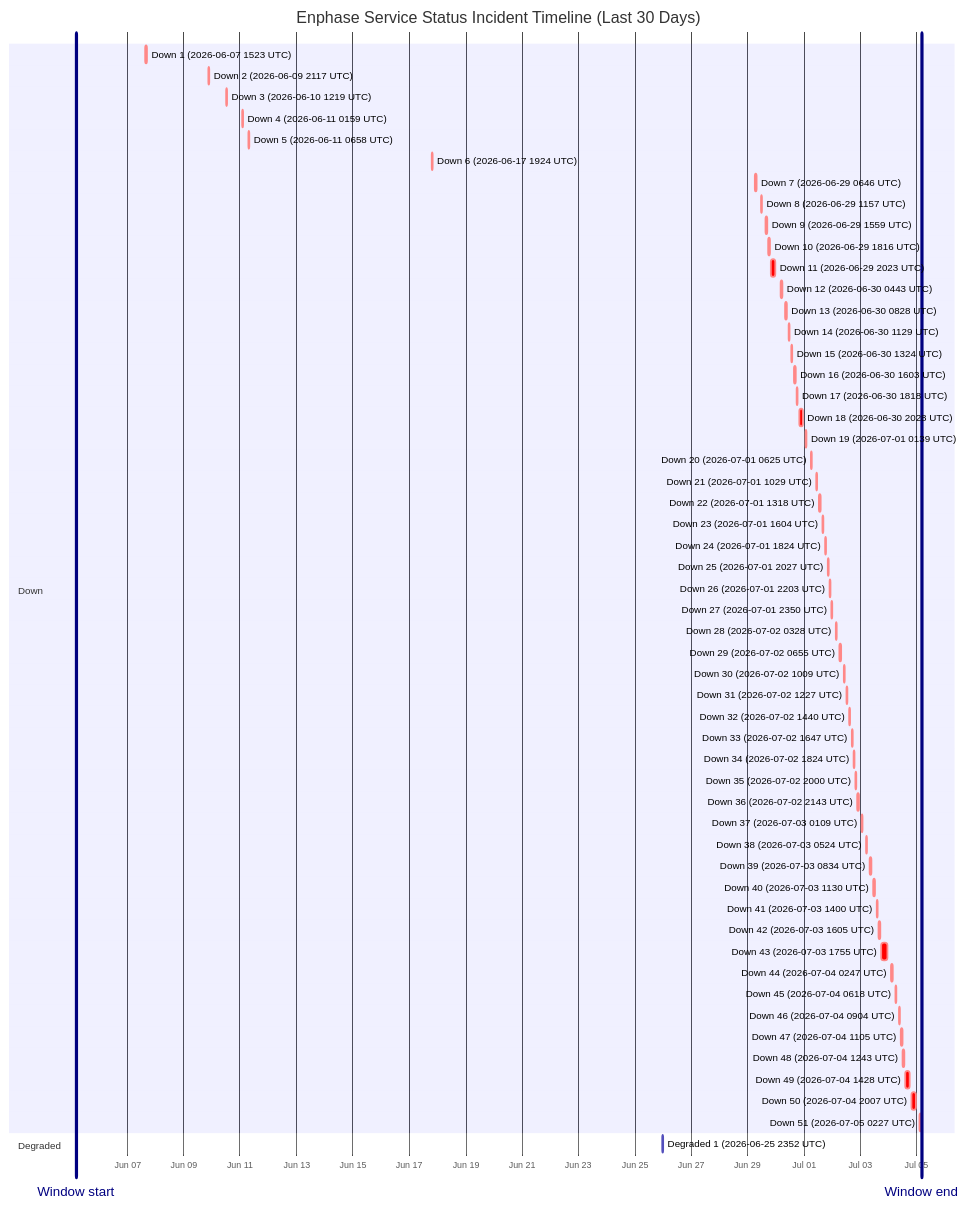
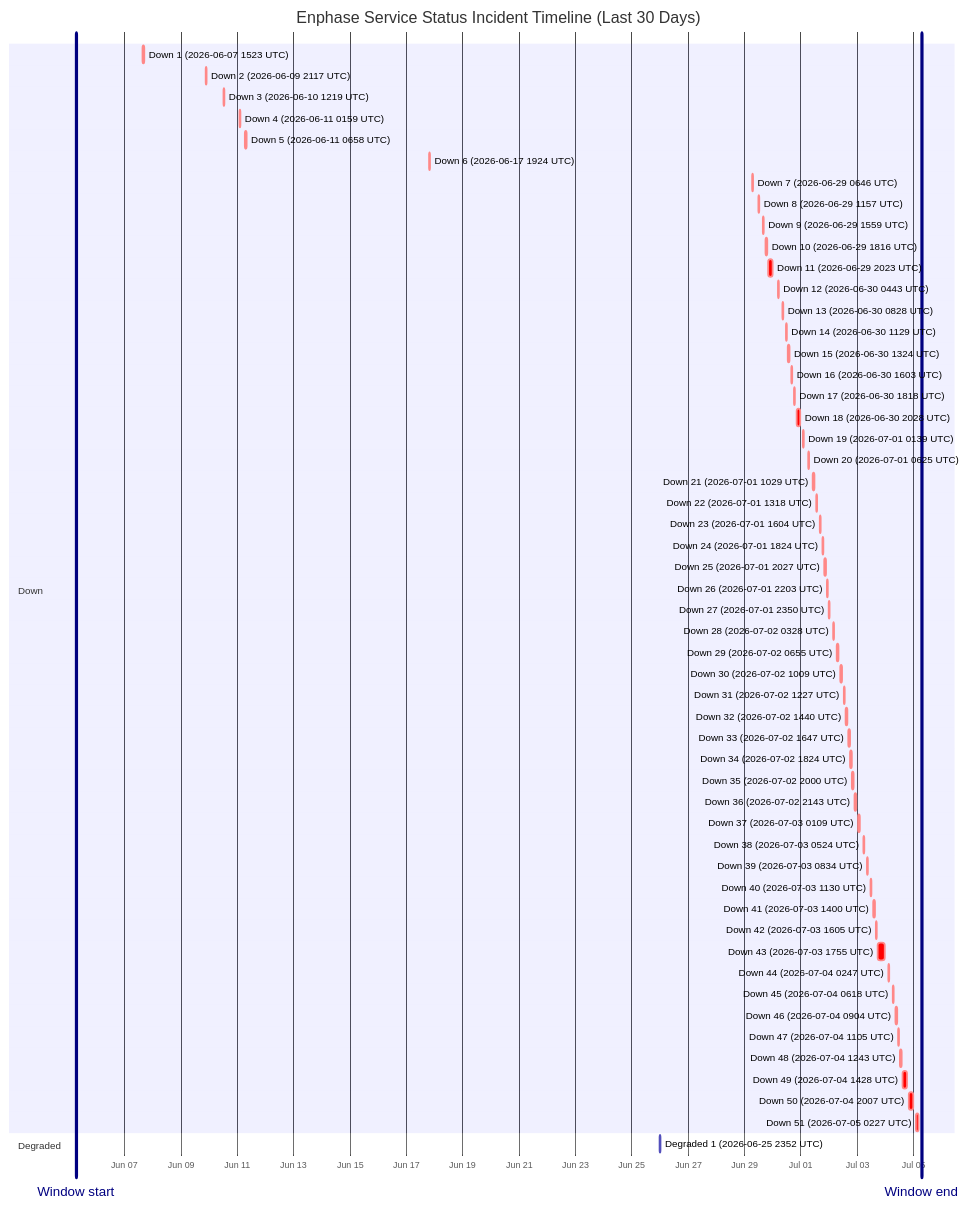
One commit to barneyonline/ha-enphase-energy changed the diagram in wiki/Service-Status-History.md. Above: the diagram before and after it, drawn with Mermaid. The commit also changed other lines of this file and 3 other files, not shown here.

````diff
--- a/wiki/Service-Status-History.md
+++ b/wiki/Service-Status-History.md
@@ -14,62 +14,62 @@
 ```mermaid
 gantt
     title Enphase Service Status Incident Timeline (Last 30 Days)
     dateFormat  YYYY-MM-DDTHH:mm:ss
     axisFormat  %b %d
-    Window start :vert, window-start, 2026-06-05T04:16:47, 0ms
-    Window end :vert, window-end, 2026-07-05T04:16:47, 0ms
+    Window start :vert, window-start, 2026-06-05T06:45:47, 0ms
+    Window end :vert, window-end, 2026-07-05T06:45:47, 0ms
     section Down
     Down 1 (2026-06-07 1523 UTC) :crit, down-1, 2026-06-07T15:23:22, 87m
     Down 2 (2026-06-09 2117 UTC) :crit, down-2, 2026-06-09T21:17:17, 60m
     Down 3 (2026-06-10 1219 UTC) :crit, down-3, 2026-06-10T12:19:21, 60m
     Down 4 (2026-06-11 0159 UTC) :crit, down-4, 2026-06-11T01:59:36, 60m
     Down 5 (2026-06-11 0658 UTC) :crit, down-5, 2026-06-11T06:58:45, 60m
     Down 6 (2026-06-17 1924 UTC) :crit, down-6, 2026-06-17T19:24:51, 60m
     Down 7 (2026-06-29 0646 UTC) :crit, down-7, 2026-06-29T06:46:18, 60m
     Down 8 (2026-06-29 1157 UTC) :crit, down-8, 2026-06-29T11:57:36, 60m
     Down 9 (2026-06-29 1559 UTC) :crit, down-9, 2026-06-29T15:59:02, 60m
     Down 10 (2026-06-29 1816 UTC) :crit, down-10, 2026-06-29T18:16:38, 60m
     Down 11 (2026-06-29 2023 UTC) :crit, down-11, 2026-06-29T20:23:16, 220m
     Down 12 (2026-06-30 0443 UTC) :crit, down-12, 2026-06-30T04:43:54, 60m
     Down 13 (2026-06-30 0828 UTC) :crit, down-13, 2026-06-30T08:28:43, 60m
     Down 14 (2026-06-30 1129 UTC) :crit, down-14, 2026-06-30T11:29:15, 60m
     Down 15 (2026-06-30 1324 UTC) :crit, down-15, 2026-06-30T13:24:25, 60m
     Down 16 (2026-06-30 1603 UTC) :crit, down-16, 2026-06-30T16:03:26, 60m
     Down 17 (2026-06-30 1818 UTC) :crit, down-17, 2026-06-30T18:18:39, 60m
     Down 18 (2026-06-30 2028 UTC) :crit, down-18, 2026-06-30T20:28:54, 171m
     Down 19 (2026-07-01 0139 UTC) :crit, down-19, 2026-07-01T01:39:18, 60m
     Down 20 (2026-07-01 0625 UTC) :crit, down-20, 2026-07-01T06:25:35, 60m
     Down 21 (2026-07-01 1029 UTC) :crit, down-21, 2026-07-01T10:29:24, 60m
     Down 22 (2026-07-01 1318 UTC) :crit, down-22, 2026-07-01T13:18:31, 60m
     Down 23 (2026-07-01 1604 UTC) :crit, down-23, 2026-07-01T16:04:29, 60m
     Down 24 (2026-07-01 1824 UTC) :crit, down-24, 2026-07-01T18:24:21, 60m
     Down 25 (2026-07-01 2027 UTC) :crit, down-25, 2026-07-01T20:27:17, 60m
     Down 26 (2026-07-01 2203 UTC) :crit, down-26, 2026-07-01T22:03:46, 60m
     Down 27 (2026-07-01 2350 UTC) :crit, down-27, 2026-07-01T23:50:52, 60m
     Down 28 (2026-07-02 0328 UTC) :crit, down-28, 2026-07-02T03:28:33, 60m
     Down 29 (2026-07-02 0655 UTC) :crit, down-29, 2026-07-02T06:55:07, 60m
     Down 30 (2026-07-02 1009 UTC) :crit, down-30, 2026-07-02T10:09:15, 60m
     Down 31 (2026-07-02 1227 UTC) :crit, down-31, 2026-07-02T12:27:49, 60m
     Down 32 (2026-07-02 1440 UTC) :crit, down-32, 2026-07-02T14:40:53, 60m
     Down 33 (2026-07-02 1647 UTC) :crit, down-33, 2026-07-02T16:47:47, 60m
     Down 34 (2026-07-02 1824 UTC) :crit, down-34, 2026-07-02T18:24:26, 60m
     Down 35 (2026-07-02 2000 UTC) :crit, down-35, 2026-07-02T20:00:57, 60m
     Down 36 (2026-07-02 2143 UTC) :crit, down-36, 2026-07-02T21:43:52, 80m
     Down 37 (2026-07-03 0109 UTC) :crit, down-37, 2026-07-03T01:09:19, 60m
     Down 38 (2026-07-03 0524 UTC) :crit, down-38, 2026-07-03T05:24:23, 60m
     Down 39 (2026-07-03 0834 UTC) :crit, down-39, 2026-07-03T08:34:05, 60m
     Down 40 (2026-07-03 1130 UTC) :crit, down-40, 2026-07-03T11:30:41, 60m
     Down 41 (2026-07-03 1400 UTC) :crit, down-41, 2026-07-03T14:00:48, 60m
     Down 42 (2026-07-03 1605 UTC) :crit, down-42, 2026-07-03T16:05:49, 60m
     Down 43 (2026-07-03 1755 UTC) :crit, down-43, 2026-07-03T17:55:54, 338m
     Down 44 (2026-07-04 0247 UTC) :crit, down-44, 2026-07-04T02:47:22, 60m
     Down 45 (2026-07-04 0618 UTC) :crit, down-45, 2026-07-04T06:18:09, 60m
     Down 46 (2026-07-04 0904 UTC) :crit, down-46, 2026-07-04T09:04:41, 60m
     Down 47 (2026-07-04 1105 UTC) :crit, down-47, 2026-07-04T11:05:21, 60m
     Down 48 (2026-07-04 1243 UTC) :crit, down-48, 2026-07-04T12:43:25, 60m
     Down 49 (2026-07-04 1428 UTC) :crit, down-49, 2026-07-04T14:28:07, 243m
     Down 50 (2026-07-04 2007 UTC) :crit, down-50, 2026-07-04T20:07:50, 206m
     Down 51 (2026-07-05 0227 UTC) :crit, down-51, 2026-07-05T02:27:32, 109m
     section Degraded
     Degraded 1 (2026-06-25 2352 UTC) :active, degraded-1, 2026-06-25T23:52:01, 60m
 ```
````
